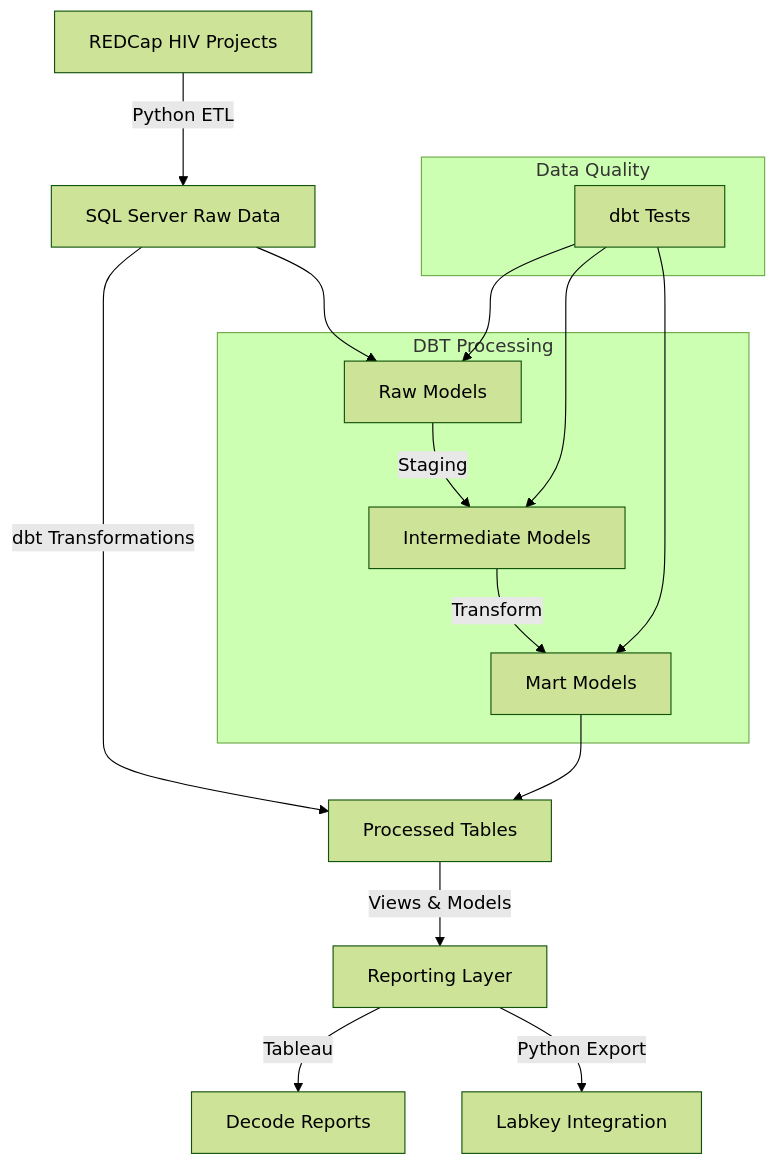
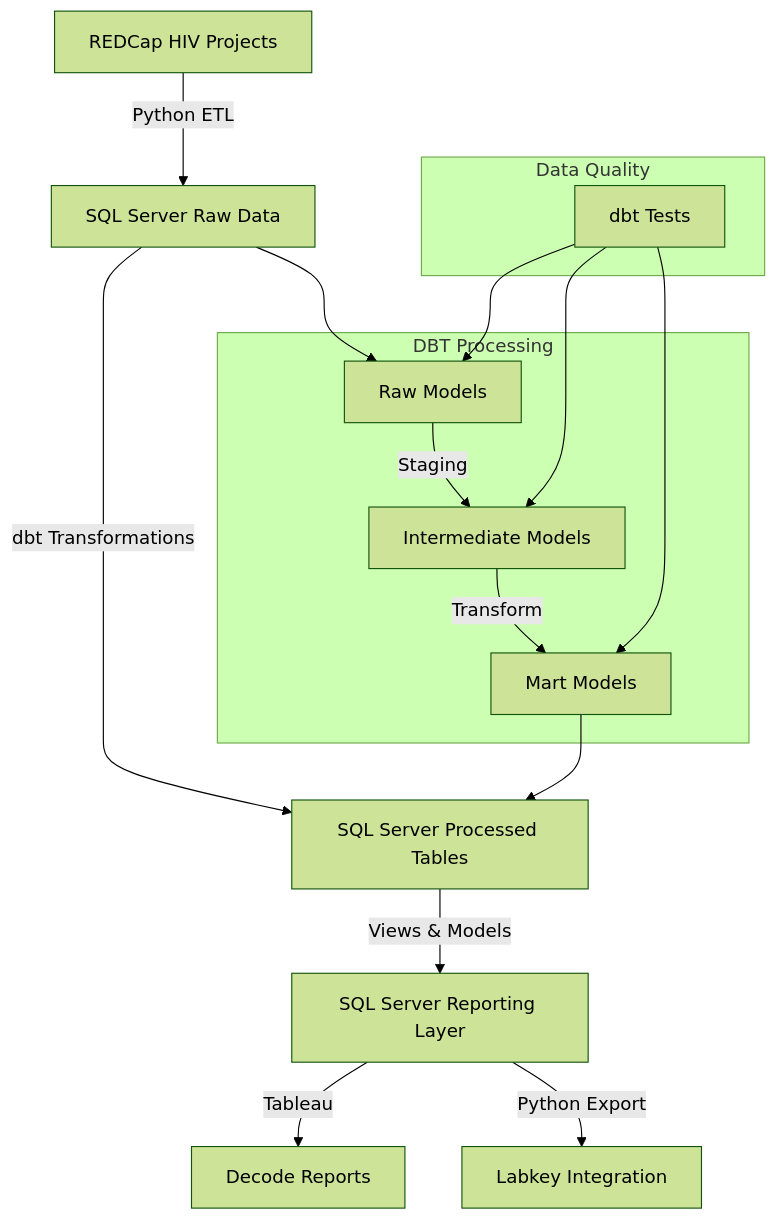
One commit to champshealth/hiv_project_etl changed the diagram in README.md. Above: the diagram before and after it, drawn with Mermaid (forest theme).

Commit message:
readme mermaid updates

````diff
--- a/README.md
+++ b/README.md
@@ -5,22 +5,22 @@
 ```mermaid
 graph TD
     A[REDCap HIV Projects] -->|Python ETL| B[SQL Server Raw Data]
-    B -->|dbt Transformations| C[Processed Tables]
-    C -->|Views & Models| D[Reporting Layer]
+    B -->|dbt Transformations| C[SQL Server Processed Tables]
+    C -->|Views & Models| D[SQL Server Reporting Layer]
     D -->|Tableau| E[Decode Reports]
     D -->|Python Export| F[Labkey Integration]
     
     subgraph DBT Processing
     M1[Raw Models] -->|Staging| M2[Intermediate Models]
     M2 -->|Transform| M3[Mart Models]
     end
     
     B --> M1
     M3 --> C
     
     subgraph Data Quality
     T1[dbt Tests] --> M1
     T1 --> M2
     T1 --> M3
     end
 ```
````
